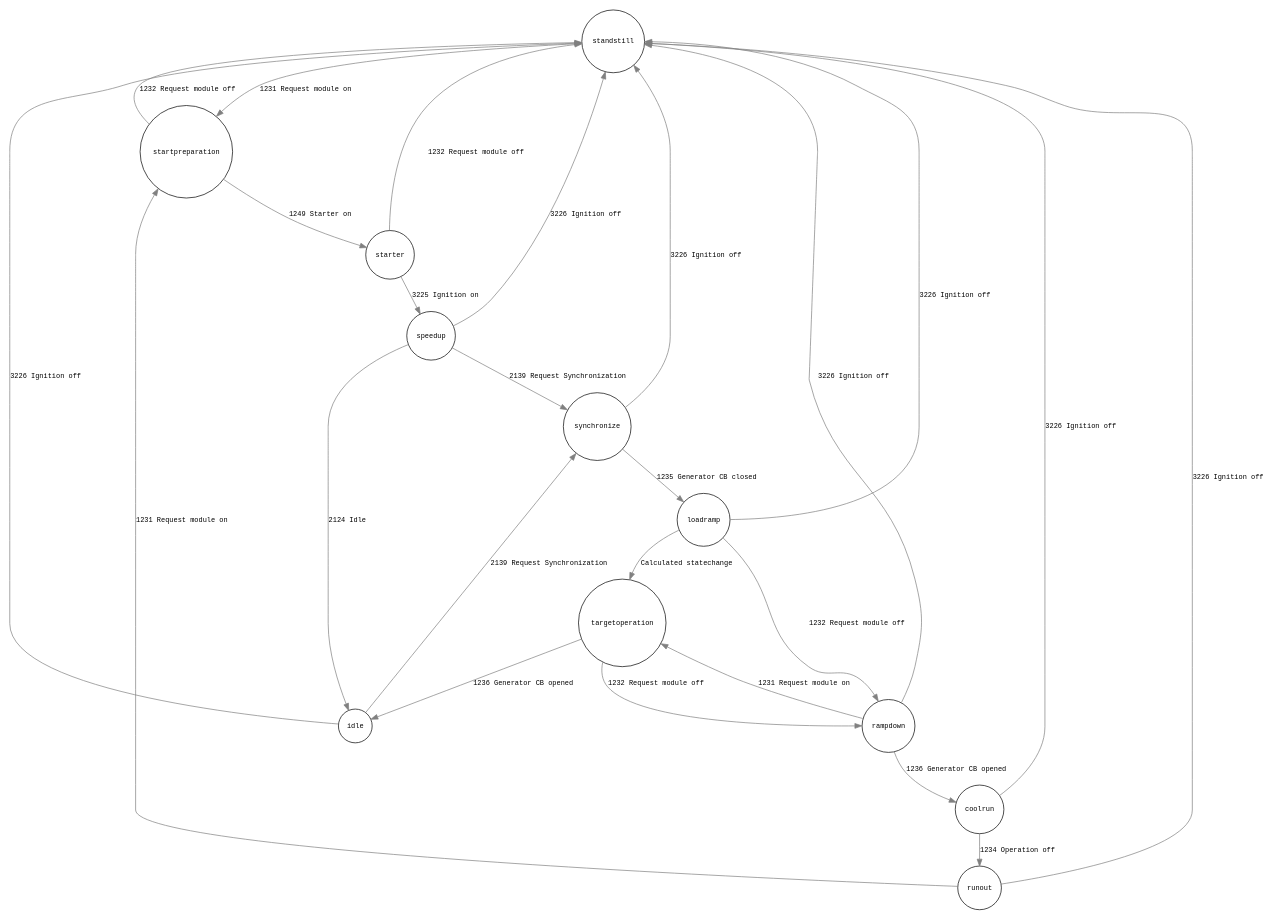
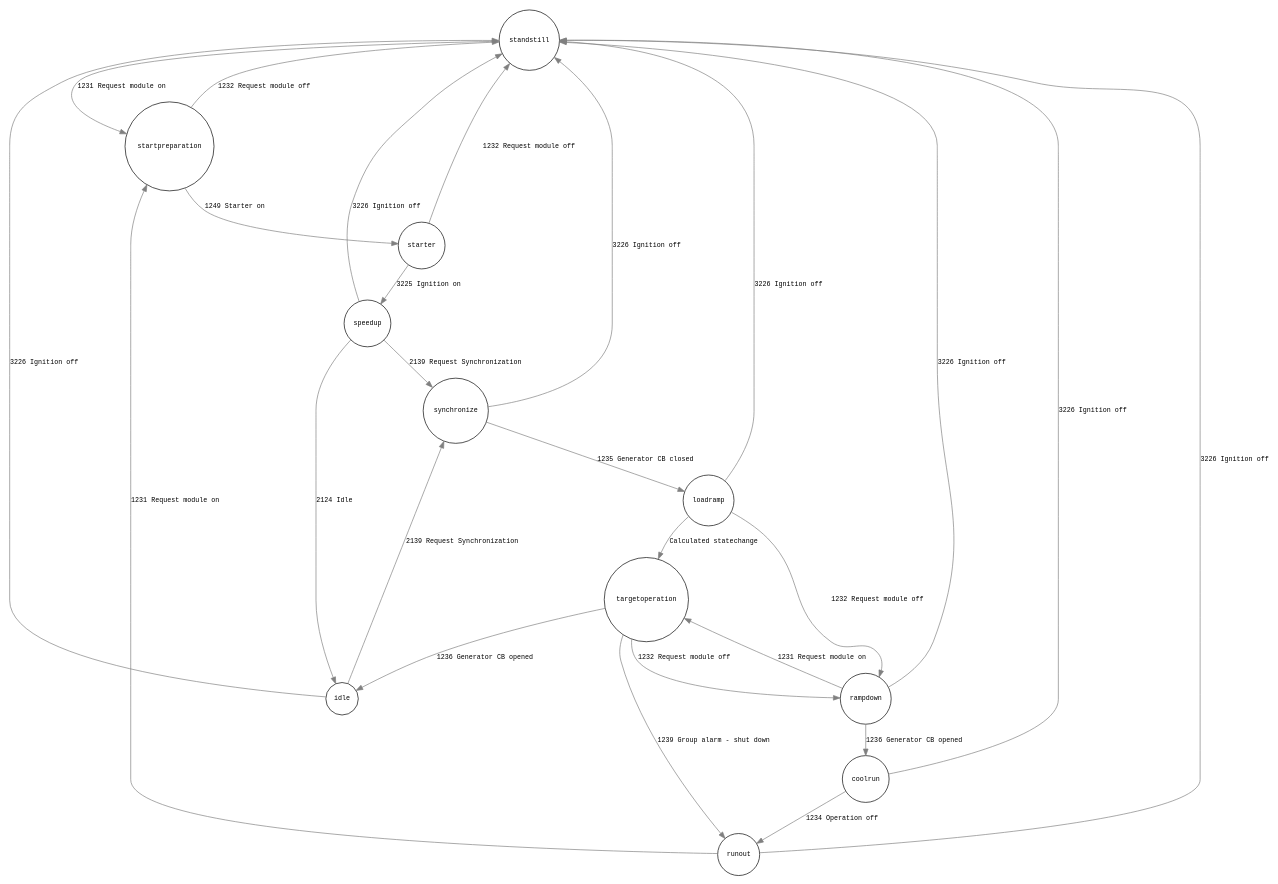
Before and after one commit to dieterch/statemachine: the diagram in Results/FSM.dot, drawn with Graphviz. The commit also changed 1 other file, not shown here.

```diff
--- a/Results/FSM.dot
+++ b/Results/FSM.dot
@@ -1,40 +1,41 @@
 digraph G {
     graph [rankdir=TB labelfontcolor=red fontname="monospace" nodesep=1 size="20,33"]
     node [fontname="monospace" fontsize=10  shape="circle"]
     edge [fontname="monospace" color="grey" fontsize=10]
     standstill [label="standstill"]
     standstill -> startpreparation [label="1231 Request module on"]
     startpreparation [label="startpreparation"]
     startpreparation -> starter [label="1249 Starter on"]
     startpreparation -> standstill [label="1232 Request module off"]
     starter [label="starter"]
     starter -> speedup [label="3225 Ignition on"]
     starter -> standstill [label="1232 Request module off"]
     speedup [label="speedup"]
     speedup -> idle [label="2124 Idle"]
     speedup -> synchronize [label="2139 Request Synchronization"]
     speedup -> standstill [label="3226 Ignition off"]
     idle [label="idle"]
     idle -> synchronize [label="2139 Request Synchronization"]
     idle -> standstill [label="3226 Ignition off"]
     synchronize [label="synchronize"]
     synchronize -> loadramp [label="1235 Generator CB closed"]
     synchronize -> standstill [label="3226 Ignition off"]
     loadramp [label="loadramp"]
     loadramp -> standstill [label="3226 Ignition off"]
     loadramp -> rampdown [label="1232 Request module off"]
     loadramp -> targetoperation [label="Calculated statechange"]
     targetoperation [label="targetoperation"]
     targetoperation -> rampdown [label="1232 Request module off"]
+    targetoperation -> runout [label="1239 Group alarm - shut down"]
     targetoperation -> idle [label="1236 Generator CB opened"]
     rampdown [label="rampdown"]
     rampdown -> coolrun [label="1236 Generator CB opened"]
     rampdown -> standstill [label="3226 Ignition off"]
     rampdown -> targetoperation [label="1231 Request module on"]
     coolrun [label="coolrun"]
     coolrun -> runout [label="1234 Operation off"]
     coolrun -> standstill [label="3226 Ignition off"]
     runout [label="runout"]
     runout -> standstill [label="3226 Ignition off"]
     runout -> startpreparation [label="1231 Request module on"]
 }
```
